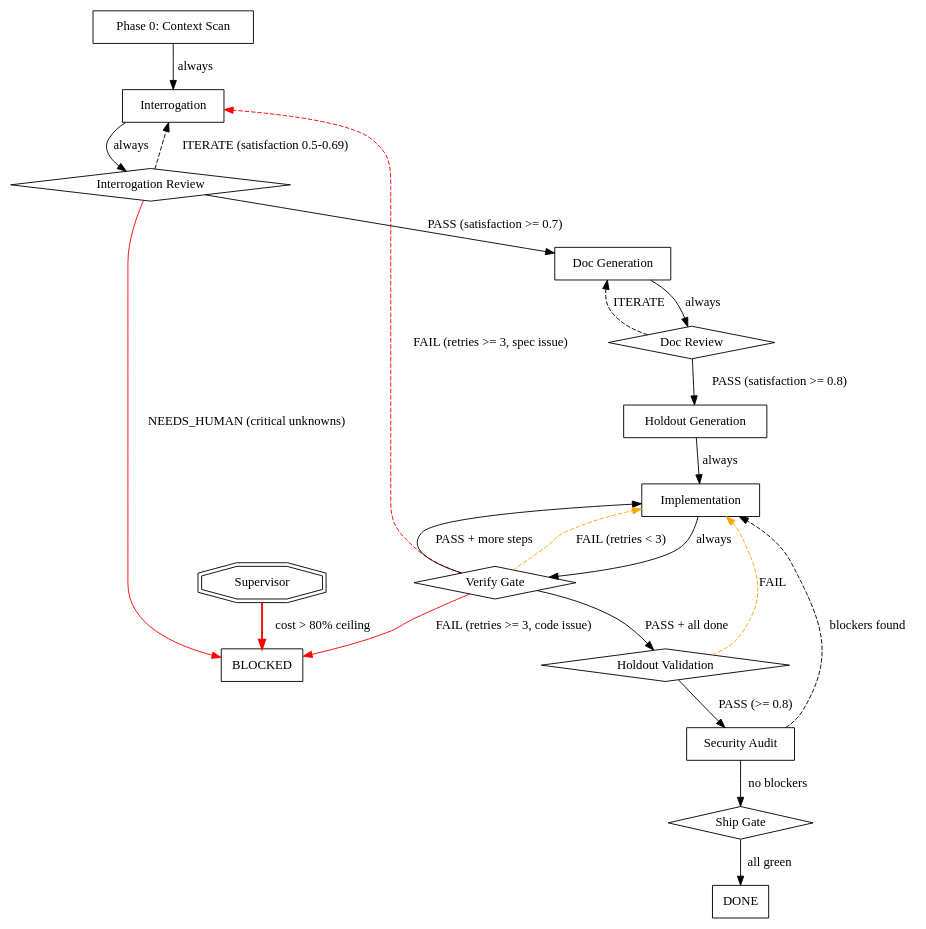
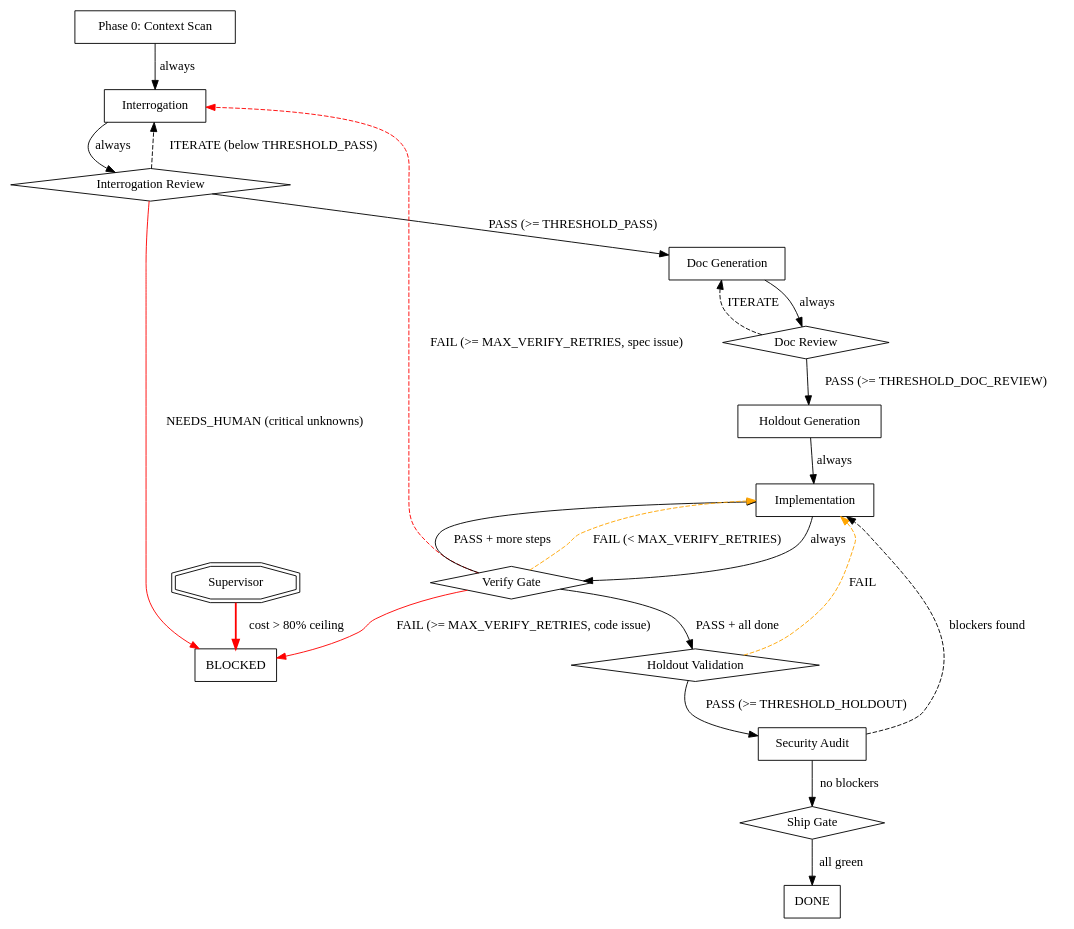
Before and after one commit to belchman/Anvil: the diagram in pipeline.graph.dot, drawn with Graphviz. The commit also changed 5 other files, not shown here.

```diff
--- a/pipeline.graph.dot
+++ b/pipeline.graph.dot
@@ -1,52 +1,52 @@
 digraph pipeline {
   // Node types: box=phase, diamond=gate, doubleoctagon=supervisor
   node [shape=box]
 
   // --- Phases ---
   phase0 [label="Phase 0: Context Scan"]
   interrogate [label="Interrogation"]
   interrogation_review [label="Interrogation Review" shape=diamond]
   generate_docs [label="Doc Generation"]
   doc_review [label="Doc Review" shape=diamond]
   holdout_generate [label="Holdout Generation"]
   implement [label="Implementation"]
   verify [label="Verify Gate" shape=diamond]
   holdout_validate [label="Holdout Validation" shape=diamond]
   security_audit [label="Security Audit"]
   ship [label="Ship Gate" shape=diamond]
   supervisor [label="Supervisor" shape=doubleoctagon]
 
   // --- Edges with conditions ---
   phase0 -> interrogate [label="always"]
   interrogate -> interrogation_review [label="always"]
 
   // Interrogation review routing
-  interrogation_review -> generate_docs [label="PASS (satisfaction >= 0.7)"]
-  interrogation_review -> interrogate [label="ITERATE (satisfaction 0.5-0.69)" style=dashed]
+  interrogation_review -> generate_docs [label="PASS (>= THRESHOLD_PASS)"]
+  interrogation_review -> interrogate [label="ITERATE (below THRESHOLD_PASS)" style=dashed]
   interrogation_review -> BLOCKED [label="NEEDS_HUMAN (critical unknowns)" color=red]
 
   // Doc generation routing
   generate_docs -> doc_review [label="always"]
-  doc_review -> holdout_generate [label="PASS (satisfaction >= 0.8)"]
+  doc_review -> holdout_generate [label="PASS (>= THRESHOLD_DOC_REVIEW)"]
   doc_review -> generate_docs [label="ITERATE" style=dashed]
 
   holdout_generate -> implement [label="always"]
 
   // Implementation loop
   implement -> verify [label="always"]
   verify -> implement [label="PASS + more steps"]
   verify -> holdout_validate [label="PASS + all done"]
-  verify -> implement [label="FAIL (retries < 3)" style=dashed color=orange]
-  verify -> interrogate [label="FAIL (retries >= 3, spec issue)" style=dashed color=red]
-  verify -> BLOCKED [label="FAIL (retries >= 3, code issue)" color=red]
+  verify -> implement [label="FAIL (< MAX_VERIFY_RETRIES)" style=dashed color=orange]
+  verify -> interrogate [label="FAIL (>= MAX_VERIFY_RETRIES, spec issue)" style=dashed color=red]
+  verify -> BLOCKED [label="FAIL (>= MAX_VERIFY_RETRIES, code issue)" color=red]
 
   // Ship path
-  holdout_validate -> security_audit [label="PASS (>= 0.8)"]
+  holdout_validate -> security_audit [label="PASS (>= THRESHOLD_HOLDOUT)"]
   holdout_validate -> implement [label="FAIL" style=dashed color=orange]
   security_audit -> ship [label="no blockers"]
   security_audit -> implement [label="blockers found" style=dashed]
   ship -> DONE [label="all green"]
 
   // Supervisor can intercept any edge
   supervisor -> BLOCKED [label="cost > 80% ceiling" color=red style=bold]
 }
```
